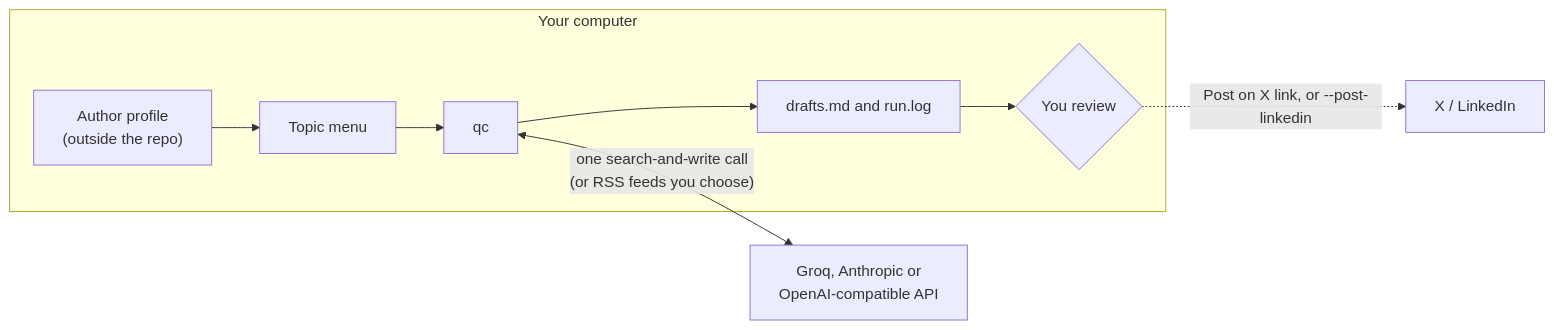
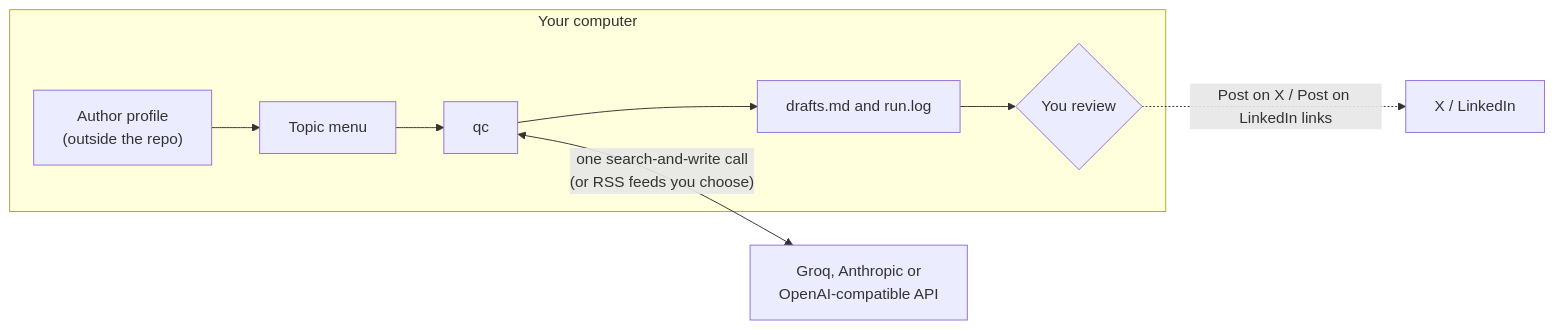
Before and after one commit to BearingQuest/questcast: the diagram in README.md, drawn with Mermaid. The commit also changed other lines of this file and 15 other files, not shown here.

````diff
--- a/README.md
+++ b/README.md
@@ -43,11 +43,11 @@
 ```mermaid
 flowchart LR
   subgraph Mac["Your computer"]
     PR["Author profile<br/>(outside the repo)"] --> T["Topic menu"]
     T --> RUN["qc"]
     RUN --> DR["drafts.md and run.log"]
     DR --> YOU{"You review"}
   end
   RUN <-->|"one search-and-write call<br/>(or RSS feeds you choose)"| API["Groq, Anthropic or<br/>OpenAI-compatible API"]
-  YOU -. "Post on X link, or --post-linkedin" .-> PUB["X / LinkedIn"]
+  YOU -. "Post on X / Post on LinkedIn links" .-> PUB["X / LinkedIn"]
 ```
````
